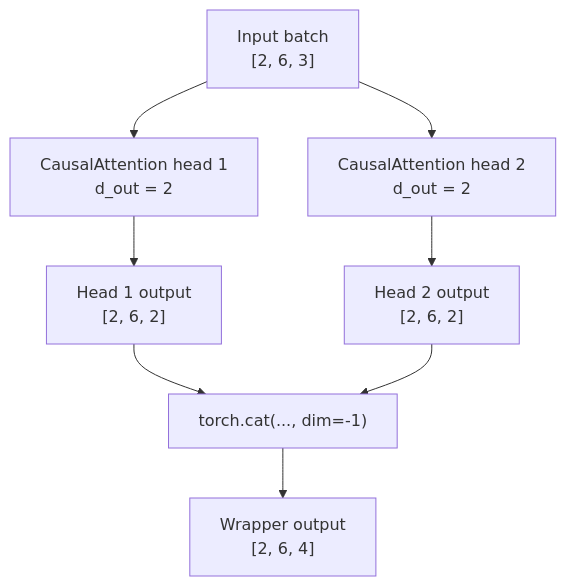
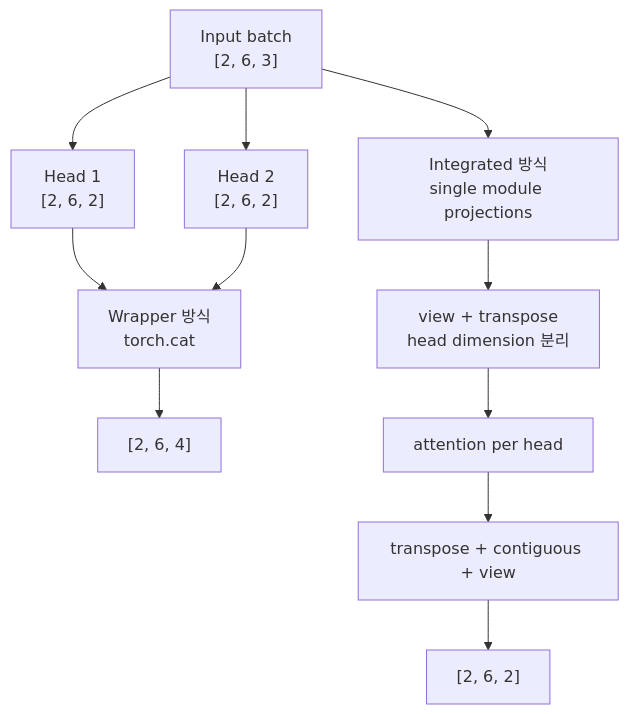
The fourth of 5 diagrams in docs/diagrams/Chapter_3_Excercise_Attention.md (boslbosl/ai-specialist-26-language), drawn with Mermaid before and after one commit. The commit also changed other lines of this file and 10 other files, not shown here.

Commit message:
Add diagrams for chapters through chapter 7

````diff
--- a/docs/diagrams/Chapter_3_Excercise_Attention.md
+++ b/docs/diagrams/Chapter_3_Excercise_Attention.md
@@ -61,13 +54,14 @@
 ```mermaid
 flowchart TD
-    X["Input batch<br/>[2, 6, 3]"] --> H1["CausalAttention head 1<br/>d_out = 2"]
-    X --> H2["CausalAttention head 2<br/>d_out = 2"]
+    X["Input batch<br/>[2, 6, 3]"] --> H1["Head 1<br/>[2, 6, 2]"]
+    X --> H2["Head 2<br/>[2, 6, 2]"]
+    H1 --> Cat["Wrapper 방식<br/>torch.cat"]
+    H2 --> Cat
+    Cat --> WOut["[2, 6, 4]"]
 
-    H1 --> O1["Head 1 output<br/>[2, 6, 2]"]
-    H2 --> O2["Head 2 output<br/>[2, 6, 2]"]
-
-    O1 --> Cat["torch.cat(..., dim=-1)"]
-    O2 --> Cat
-
-    Cat --> Out["Wrapper output<br/>[2, 6, 4]"]
+    X --> Proj["Integrated 방식<br/>single module projections"]
+    Proj --> Split["view + transpose<br/>head dimension 분리"]
+    Split --> Attn["attention per head"]
+    Attn --> Merge["transpose + contiguous + view"]
+    Merge --> IOut["[2, 6, 2]"]
 ```
````
